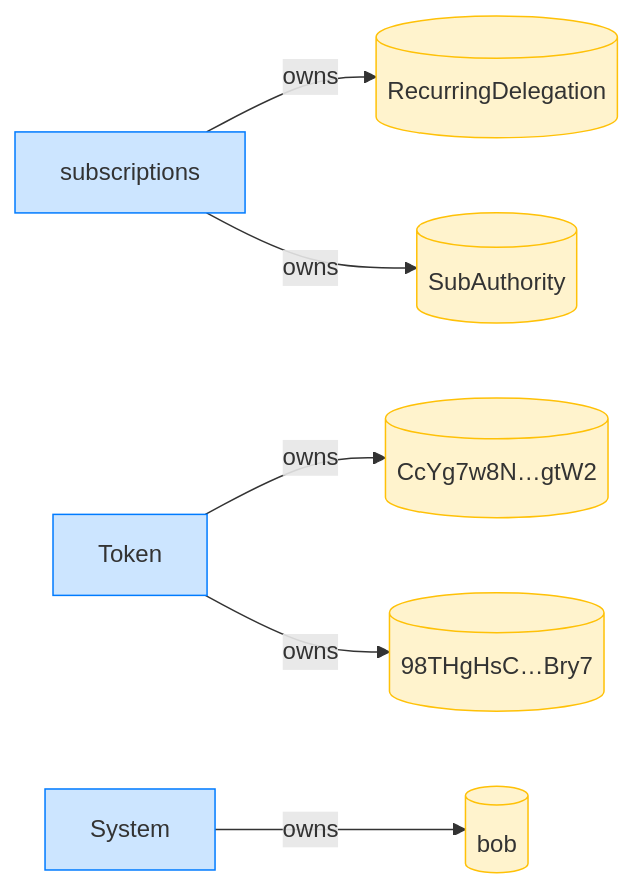
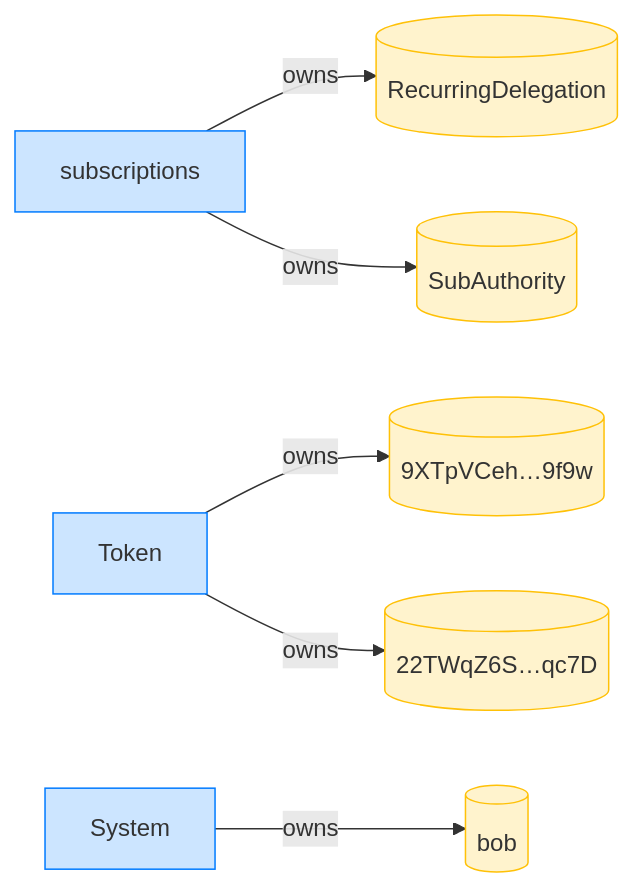
One commit to cds-rs/subscriptions changed diagram 12 of 16 in dsl_tests/recurring-transfer-aligns-the-period-start-when-periods-are-skipped.md. Above: the diagram before and after it, drawn with Mermaid. The commit also changed other lines of this file and 224 other files, not shown here.

````diff
--- a/dsl_tests/recurring-transfer-aligns-the-period-start-when-periods-are-skipped.md
+++ b/dsl_tests/recurring-transfer-aligns-the-period-start-when-periods-are-skipped.md
@@ -237,18 +251,18 @@
 ```mermaid
 flowchart LR
     classDef owner fill:#cce5ff,stroke:#007bff;
     classDef account fill:#fff3cd,stroke:#ffc107;
     subscriptions[subscriptions]:::owner
     RecurringDelegation[(RecurringDelegation)]:::account
     SubAuthority[(SubAuthority)]:::account
     Token[Token]:::owner
-    CcYg7w8N_gtW2[("CcYg7w8N…gtW2")]:::account
-    98THgHsC_Bry7[("98THgHsC…Bry7")]:::account
+    9XTpVCeh_9f9w[("9XTpVCeh…9f9w")]:::account
+    22TWqZ6S_qc7D[("22TWqZ6S…qc7D")]:::account
     System[System]:::owner
     bob[(bob)]:::account
     subscriptions -->|owns| RecurringDelegation
     subscriptions -->|owns| SubAuthority
-    Token -->|owns| CcYg7w8N_gtW2
-    Token -->|owns| 98THgHsC_Bry7
+    Token -->|owns| 9XTpVCeh_9f9w
+    Token -->|owns| 22TWqZ6S_qc7D
     System -->|owns| bob
 ```
````
